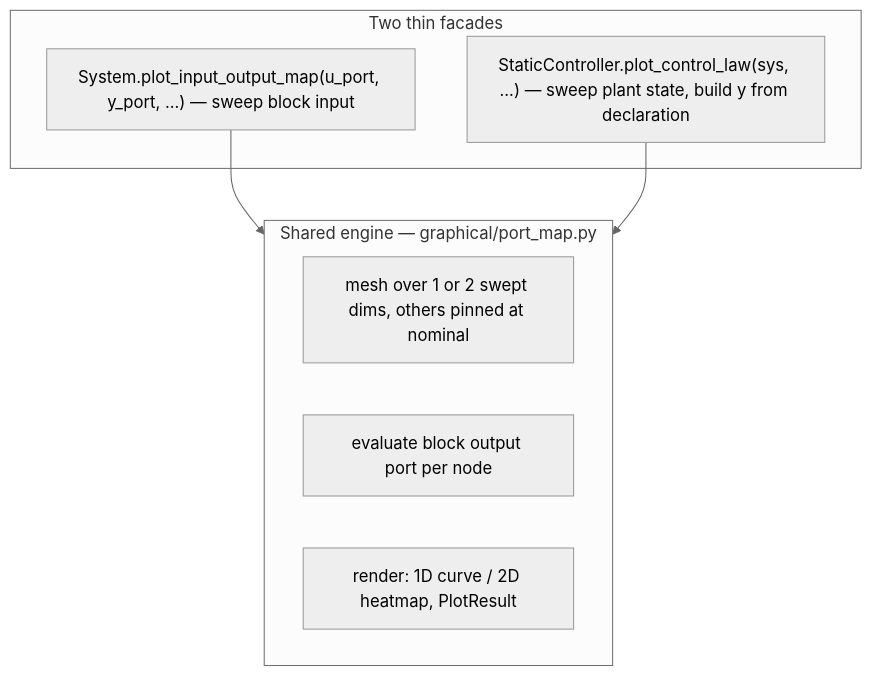
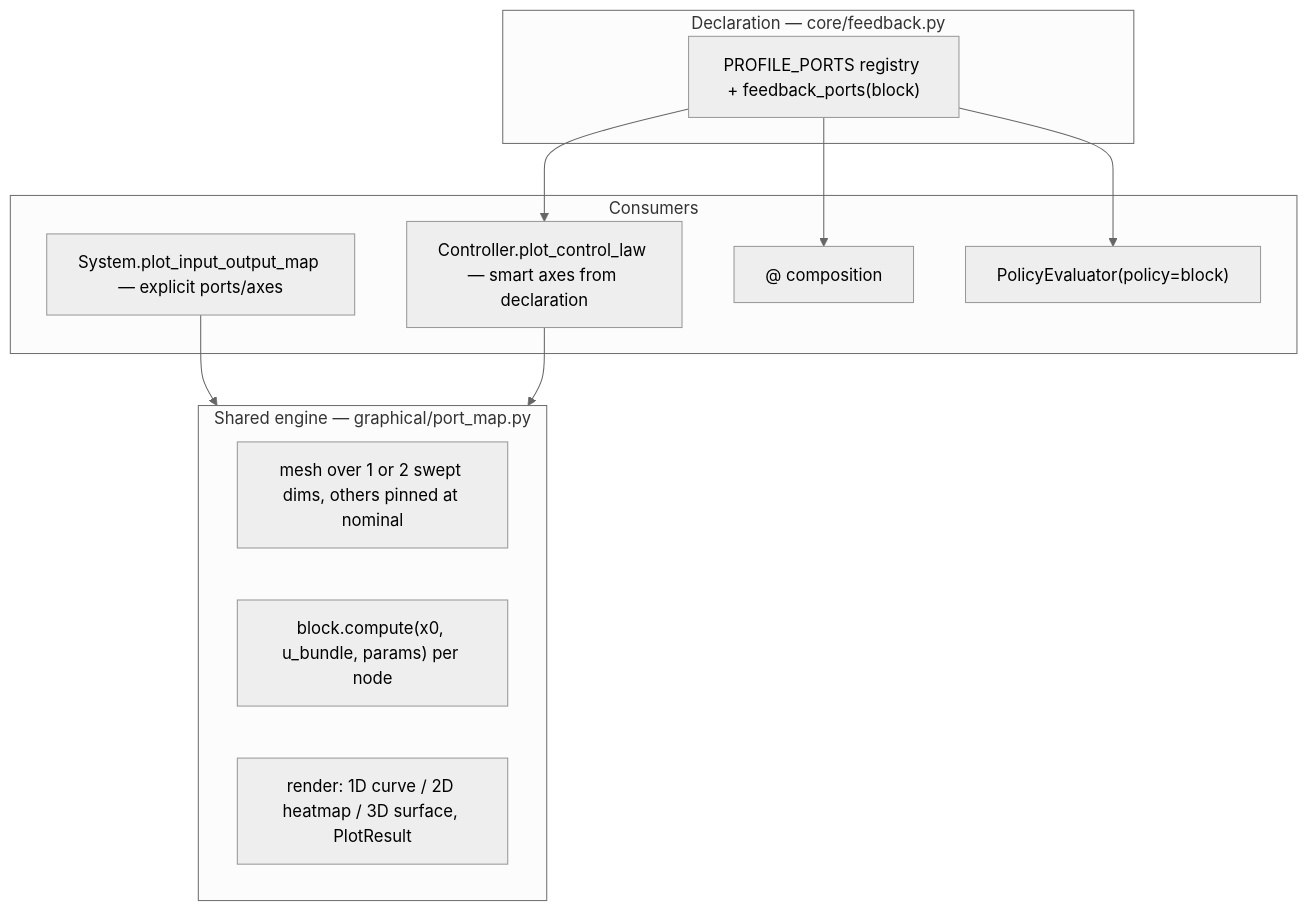
Before and after one commit to alx87grd/minilink: the diagram in docs/plans/control-block-contract.md, drawn with Mermaid (neutral theme). The commit also changed other lines of this file and 3 other files, not shown here.

````diff
--- a/docs/plans/control-block-contract.md
+++ b/docs/plans/control-block-contract.md
@@ -209,14 +428,22 @@
 ```mermaid
 flowchart TB
+  subgraph decl [Declaration — core/feedback.py]
+    reg["PROFILE_PORTS registry + feedback_ports(block)"]
+  end
   subgraph engine [Shared engine — graphical/port_map.py]
     mesh["mesh over 1 or 2 swept dims, others pinned at nominal"]
-    eval["evaluate block output port per node"]
-    render["render: 1D curve / 2D heatmap, PlotResult"]
+    eval["block.compute(x0, u_bundle, params) per node"]
+    render["render: 1D curve / 2D heatmap / 3D surface, PlotResult"]
   end
-  subgraph facades [Two thin facades]
-    iomap["System.plot_input_output_map(u_port, y_port, ...) — sweep block input"]
-    ctllaw["StaticController.plot_control_law(sys, ...) — sweep plant state, build y from declaration"]
+  subgraph consumers [Consumers]
+    iomap["System.plot_input_output_map — explicit ports/axes"]
+    ctllaw["Controller.plot_control_law — smart axes from declaration"]
+    matmul["@ composition"]
+    peval["PolicyEvaluator(policy=block)"]
   end
+  reg --> ctllaw
+  reg --> matmul
+  reg --> peval
   iomap --> engine
   ctllaw --> engine
 ```
````
